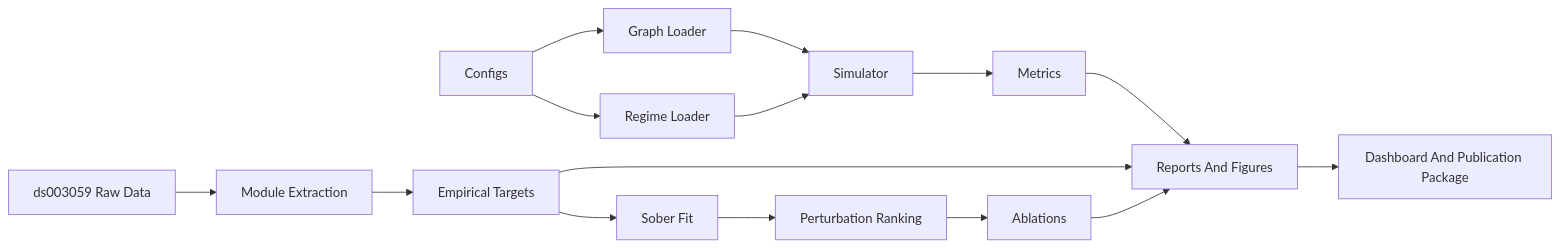
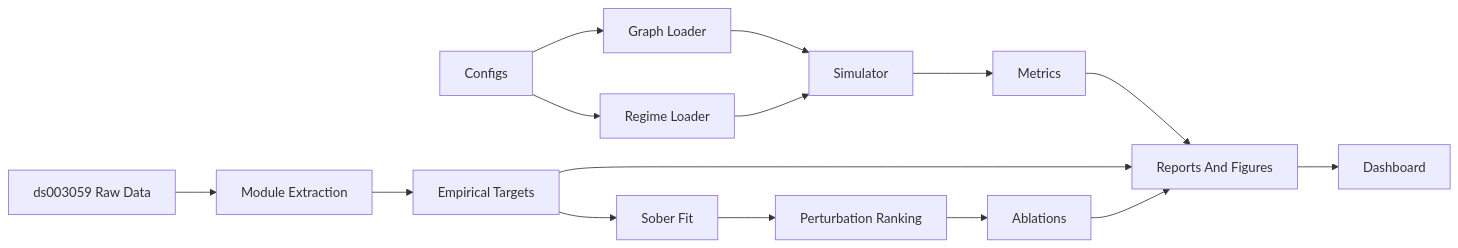
The first of 3 diagrams in ARCHITECTURE.md (grimgrimberg/LSD_Thesis), drawn with Mermaid before and after one commit. The commit also changed other lines of this file and 330 other files, not shown here.

````diff
--- a/ARCHITECTURE.md
+++ b/ARCHITECTURE.md
@@ -25,17 +20,17 @@
 ```mermaid
 flowchart LR
     C[Configs] --> G[Graph Loader]
     C --> R[Regime Loader]
     G --> S[Simulator]
     R --> S
     D[ds003059 Raw Data] --> E[Module Extraction]
     E --> T[Empirical Targets]
     S --> M[Metrics]
     T --> F[Sober Fit]
     F --> P[Perturbation Ranking]
     P --> A[Ablations]
     M --> O[Reports And Figures]
     T --> O
     A --> O
-    O --> W[Dashboard And Publication Package]
+    O --> W[Dashboard]
 ```
````
